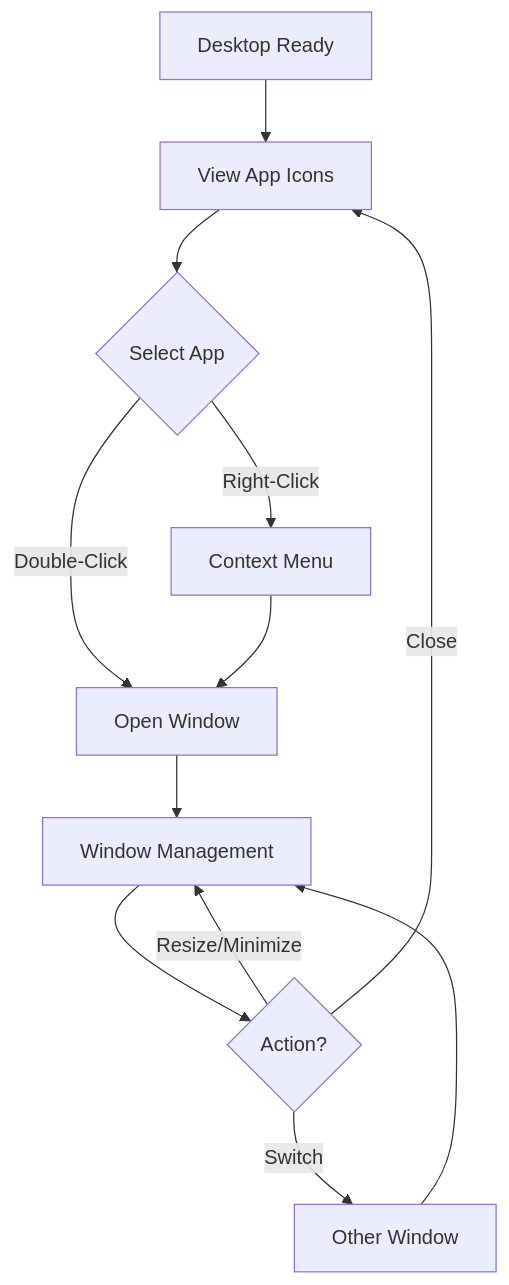
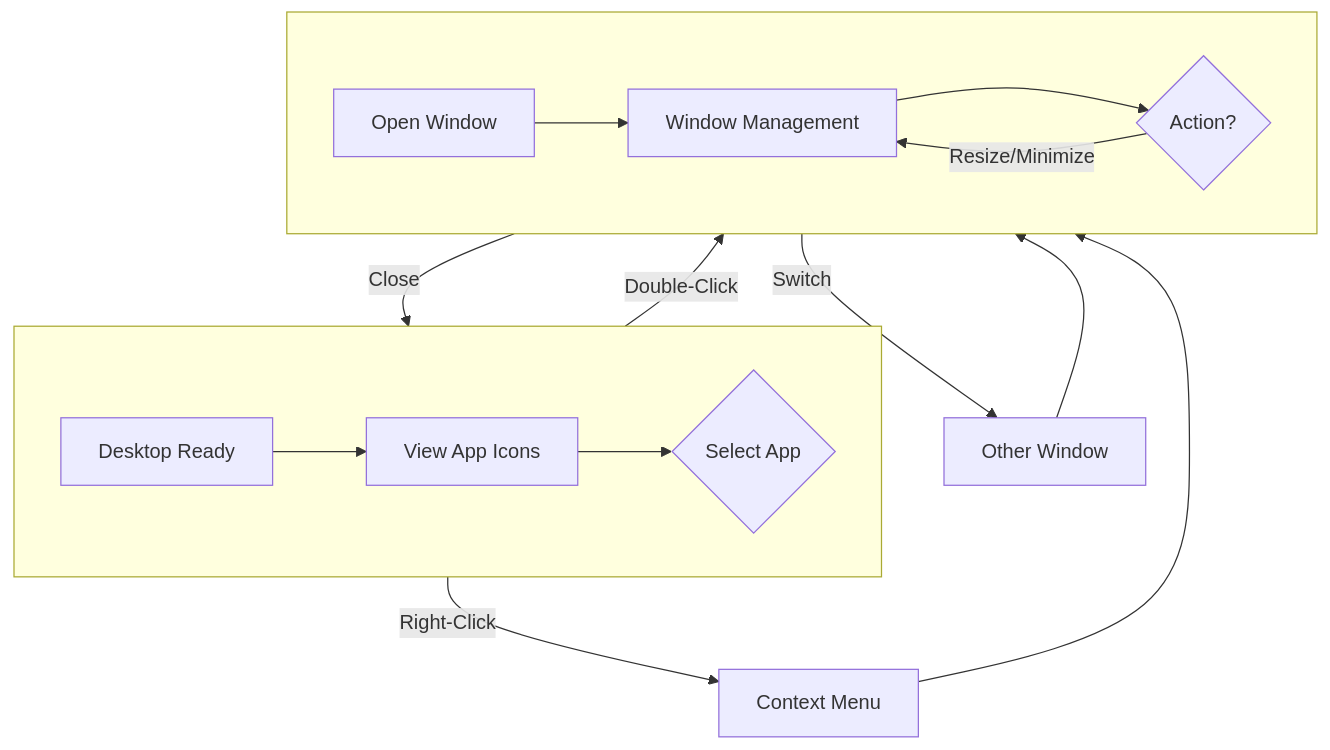
One commit to RoundRobinHood/cogniflight-cloud changed the second of 10 diagrams in docs/SEN3781_Assignment4_Information_Architecture_Report.md. Above: the diagram before and after it, drawn with Mermaid. The commit also changed other lines of this file, not shown here.

Commit message:
improved diagram readability

````diff
--- a/docs/SEN3781_Assignment4_Information_Architecture_Report.md
+++ b/docs/SEN3781_Assignment4_Information_Architecture_Report.md
@@ -164,13 +173,18 @@
 ```mermaid
-flowchart TD
-    A[Desktop Ready] --> B[View App Icons]
-    B --> C{Select App}
-    C -->|Double-Click| D[Open Window]
+flowchart TB
+    subgraph row1[" "]
+        direction LR
+        A[Desktop Ready] --> B[View App Icons] --> C{Select App}
+    end
+    subgraph row2[" "]
+        direction LR
+        D[Open Window] --> F[Window Management] --> G{Action?}
+    end
+    C -->|Double-Click| D
     C -->|Right-Click| E[Context Menu]
     E --> D
-    D --> F[Window Management] --> G{Action?}
     G -->|Resize/Minimize| F
     G -->|Switch| I[Other Window]
+    G -->|Close| B
     I --> F
-    G -->|Close| B
 ```
````
